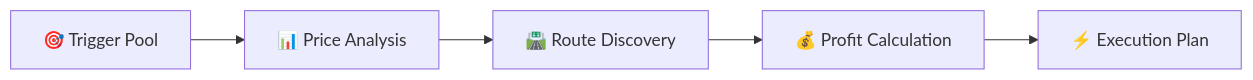
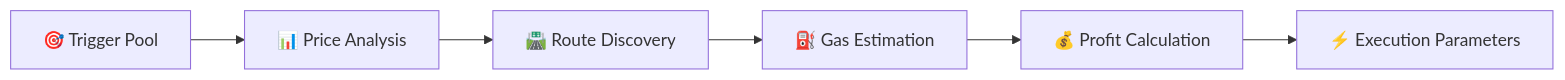
The third of 10 diagrams in website/docs/technical/architecture/overview.md (reflex-mev/reflex), drawn with Mermaid before and after one commit. The commit also changed other lines of this file, not shown here.

````diff
--- a/website/docs/technical/architecture/overview.md
+++ b/website/docs/technical/architecture/overview.md
@@ -74,7 +158,8 @@
 ```mermaid
 graph LR
-    Input[🎯 Trigger Pool] --> Analysis[📊 Price Analysis]
-    Analysis --> Routes[🛣️ Route Discovery]
-    Routes --> Profitability[💰 Profit Calculation]
-    Profitability --> Execution[⚡ Execution Plan]
+    TriggerPool[🎯 Trigger Pool] --> PriceCheck[📊 Price Analysis]
+    PriceCheck --> RouteFind[🛣️ Route Discovery]
+    RouteFind --> GasEst[⛽ Gas Estimation]
+    GasEst --> ProfitCalc[💰 Profit Calculation]
+    ProfitCalc --> ExecutionPlan[⚡ Execution Parameters]
 ```
````
